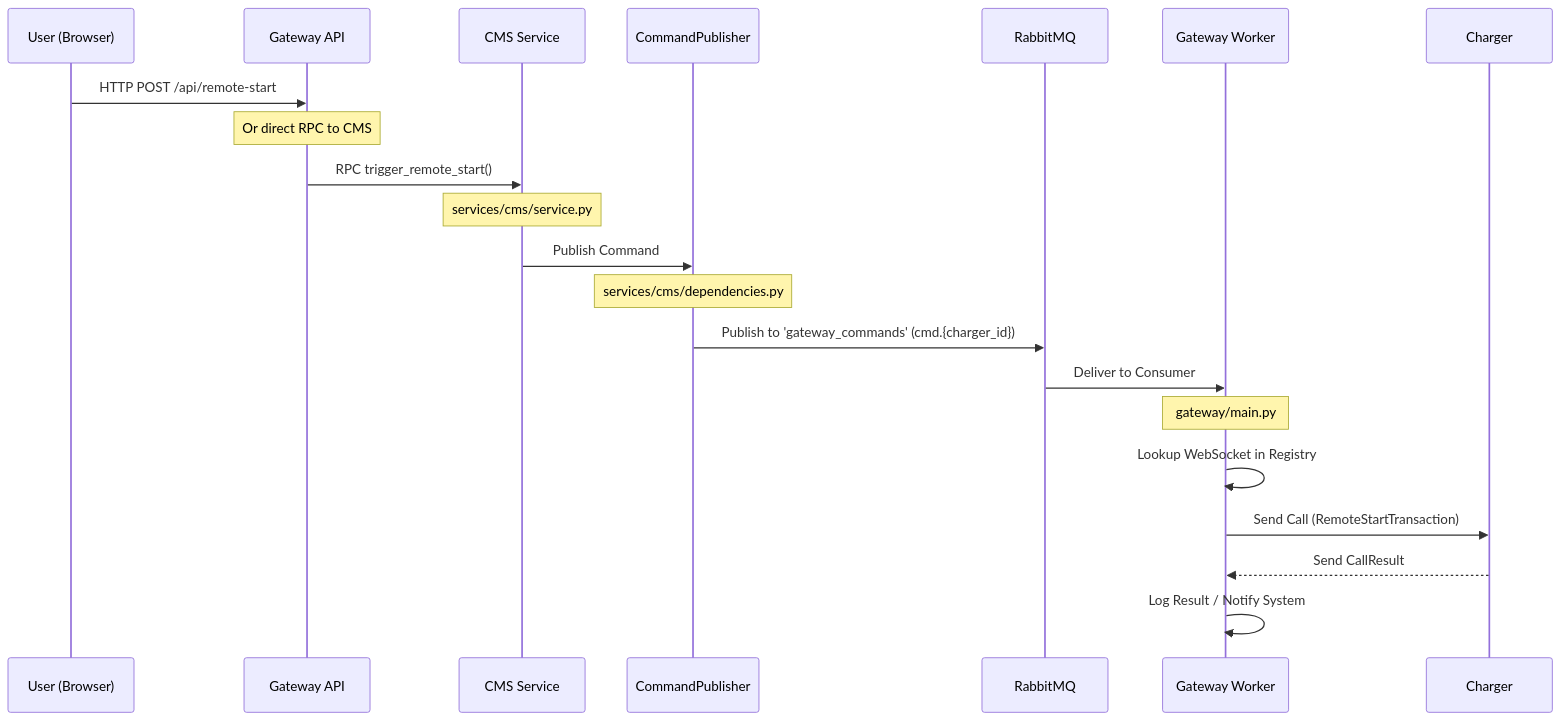
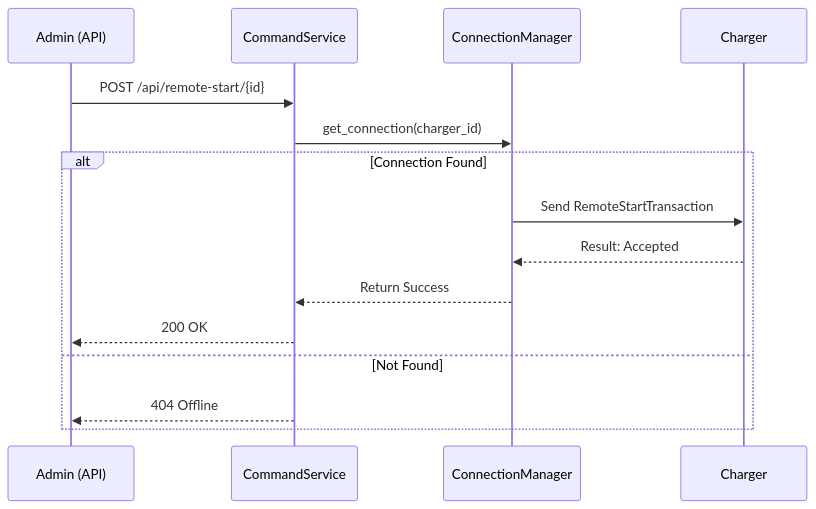
Before and after one commit to olicarl/onetime_backend: the third of 3 diagrams in architecture.md, drawn with Mermaid. The commit also changed other lines of this file and 27 other files, not shown here.

````diff
--- a/architecture.md
+++ b/architecture.md
@@ -58,26 +63,18 @@
 ```mermaid
 sequenceDiagram
-    participant U as User (Browser)
-    participant G_API as Gateway API
-    participant CMS as CMS Service
-    participant PUB as CommandPublisher
-    participant RMQ as RabbitMQ
-    participant G_W as Gateway Worker
+    participant A as Admin (API)
+    participant S as CommandService
+    participant CM as ConnectionManager
     participant C as Charger
 
-    U->>G_API: HTTP POST /api/remote-start
-    Note over G_API: Or direct RPC to CMS
-    G_API->>CMS: RPC trigger_remote_start()
-    Note over CMS: services/cms/service.py
-    CMS->>PUB: Publish Command
-    Note over PUB: services/cms/dependencies.py
-    PUB->>RMQ: Publish to 'gateway_commands' (cmd.{charger_id})
-    
-    RMQ->>G_W: Deliver to Consumer
-    Note over G_W: gateway/main.py
-    G_W->>G_W: Lookup WebSocket in Registry
-    G_W->>C: Send Call (RemoteStartTransaction)
-    
-    C-->>G_W: Send CallResult
-    G_W->>G_W: Log Result / Notify System
+    A->>S: POST /api/remote-start/{id}
+    S->>CM: get_connection(charger_id)
+    alt Connection Found
+        CM->>C: Send RemoteStartTransaction
+        C-->>CM: Result: Accepted
+        CM-->>S: Return Success
+        S-->>A: 200 OK
+    else Not Found
+        S-->>A: 404 Offline
+    end
 ```
````
